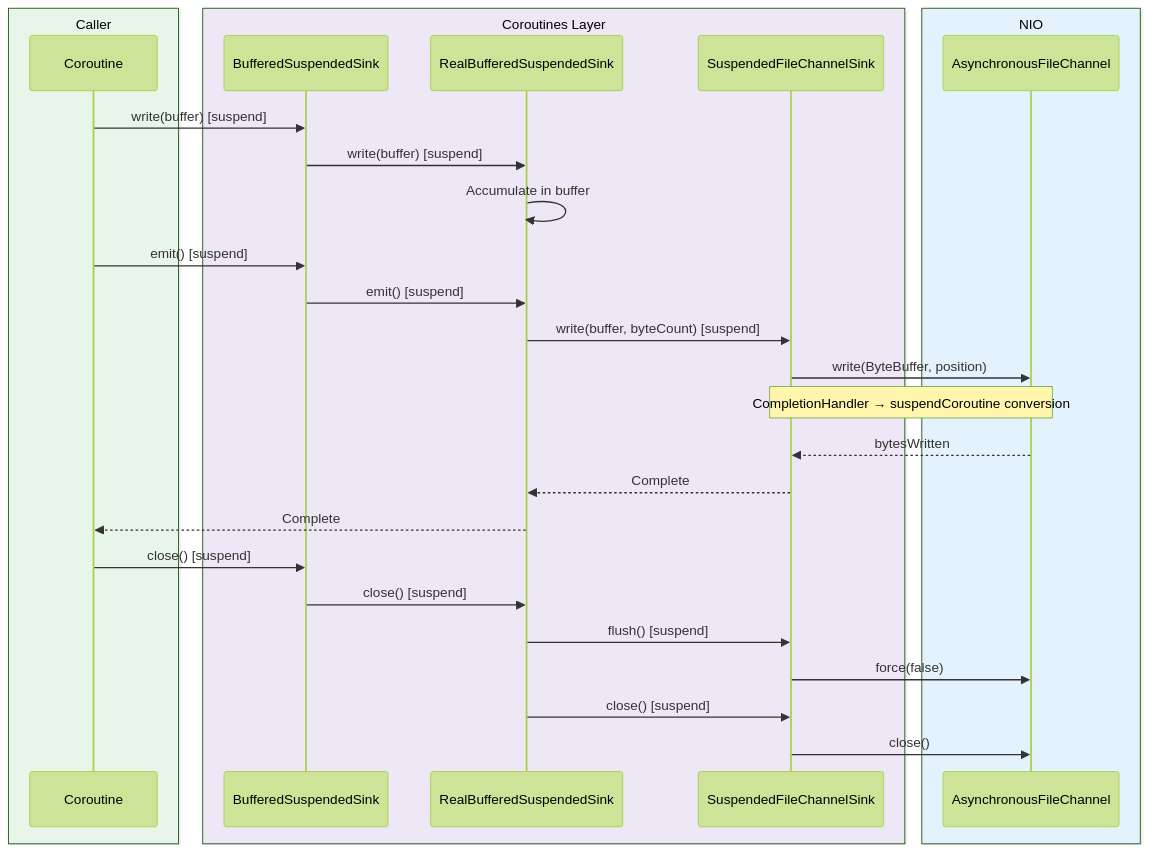
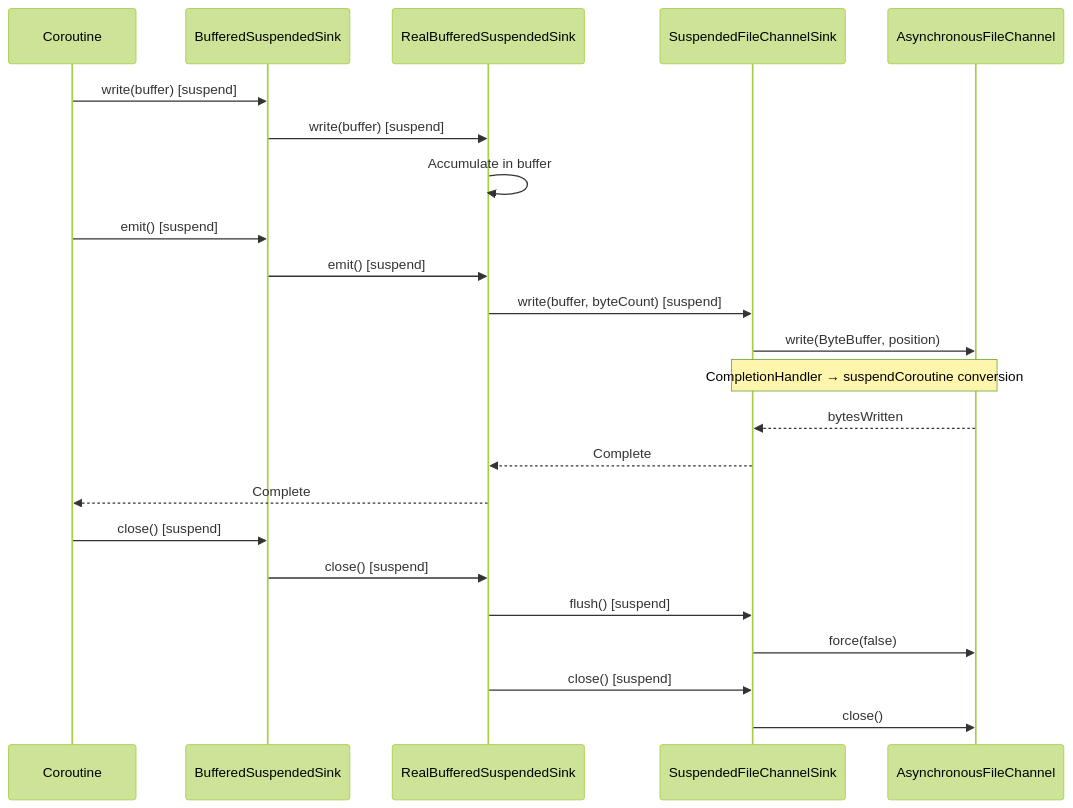
Before and after one commit to bluetape4k/bluetape4k-projects: the ninth of 9 diagrams in io/okio/README.md, drawn with Mermaid (forest theme). The commit also changed other lines of this file and 219 other files, not shown here.

First line of the commit message:
docs: 전체 README Mermaid 다이어그램 가이드 적용

````diff
--- a/io/okio/README.md
+++ b/io/okio/README.md
@@ -704,33 +688,27 @@
 ```mermaid
 sequenceDiagram
-    box rgb(232, 245, 233) Caller
         participant C as Coroutine
-    end
-    box rgb(237, 231, 246) Coroutines Layer
         participant BS as BufferedSuspendedSink
         participant RS as RealBufferedSuspendedSink
         participant FS as SuspendedFileChannelSink
-    end
-    box rgb(227, 242, 253) NIO
         participant CH as AsynchronousFileChannel
-    end
 
     C->>BS: write(buffer) [suspend]
     BS->>RS: write(buffer) [suspend]
     RS->>RS: Accumulate in buffer
     C->>BS: emit() [suspend]
     BS->>RS: emit() [suspend]
     RS->>FS: write(buffer, byteCount) [suspend]
     FS->>CH: write(ByteBuffer, position)
     Note over FS,CH: CompletionHandler → suspendCoroutine conversion
     CH-->>FS: bytesWritten
     FS-->>RS: Complete
     RS-->>C: Complete
 
     C->>BS: close() [suspend]
     BS->>RS: close() [suspend]
     RS->>FS: flush() [suspend]
     FS->>CH: force(false)
     RS->>FS: close() [suspend]
     FS->>CH: close()
 ```
````
